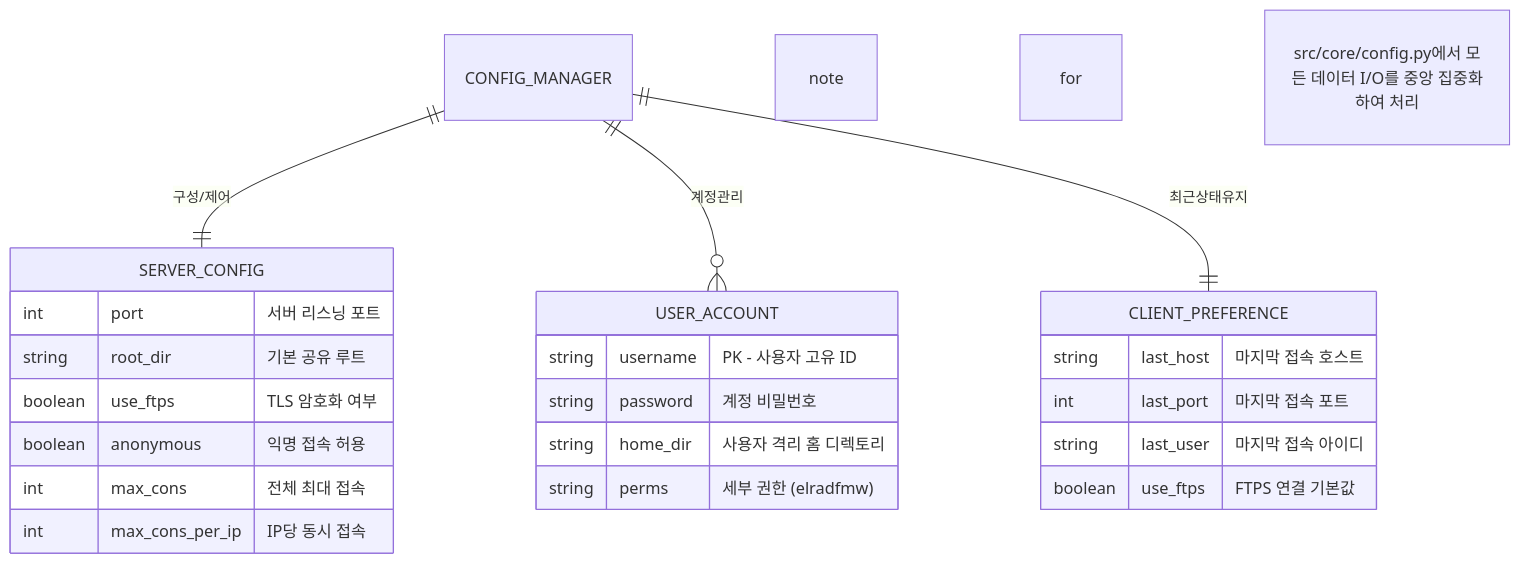
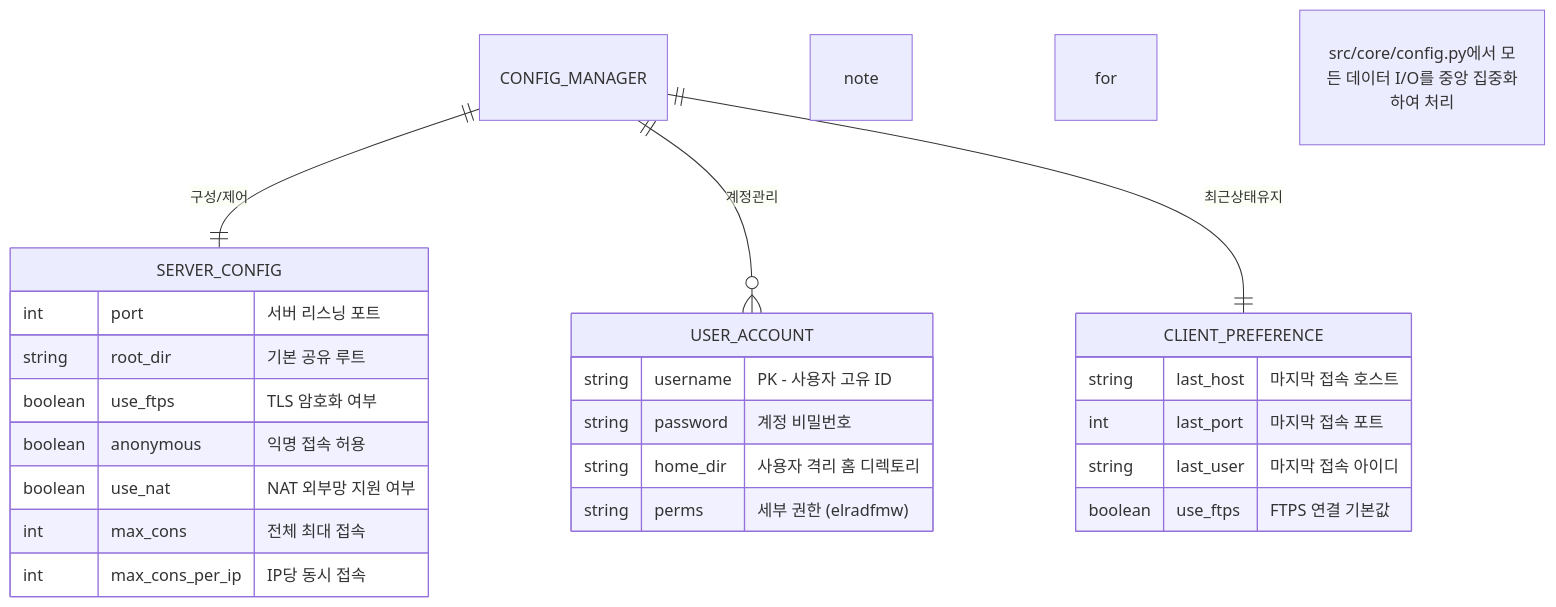
One commit to hslcrb/simftp changed the diagram in README.md. Above: the diagram before and after it, drawn with Mermaid. The commit also changed other lines of this file, not shown here.

Commit message:
Docs: Update README.md with detailed feature guides and NAT/Security information

````diff
--- a/README.md
+++ b/README.md
@@ -20,31 +21,32 @@
 ```mermaid
 erDiagram
     CONFIG_MANAGER ||--|| SERVER_CONFIG : "구성/제어"
     CONFIG_MANAGER ||--o{ USER_ACCOUNT : "계정관리"
     CONFIG_MANAGER ||--|| CLIENT_PREFERENCE : "최근상태유지"
 
     SERVER_CONFIG {
         int port "서버 리스닝 포트"
         string root_dir "기본 공유 루트"
         boolean use_ftps "TLS 암호화 여부"
         boolean anonymous "익명 접속 허용"
+        boolean use_nat "NAT 외부망 지원 여부"
         int max_cons "전체 최대 접속"
         int max_cons_per_ip "IP당 동시 접속"
     }
 
     USER_ACCOUNT {
         string username "PK - 사용자 고유 ID"
         string password "계정 비밀번호"
         string home_dir "사용자 격리 홈 디렉토리"
         string perms "세부 권한 (elradfmw)"
     }
 
     CLIENT_PREFERENCE {
         string last_host "마지막 접속 호스트"
         int last_port "마지막 접속 포트"
         string last_user "마지막 접속 아이디"
         boolean use_ftps "FTPS 연결 기본값"
     }
 
     note for CONFIG_MANAGER "src/core/config.py에서 모든 데이터 I/O를 중앙 집중화하여 처리"
 ```
````
